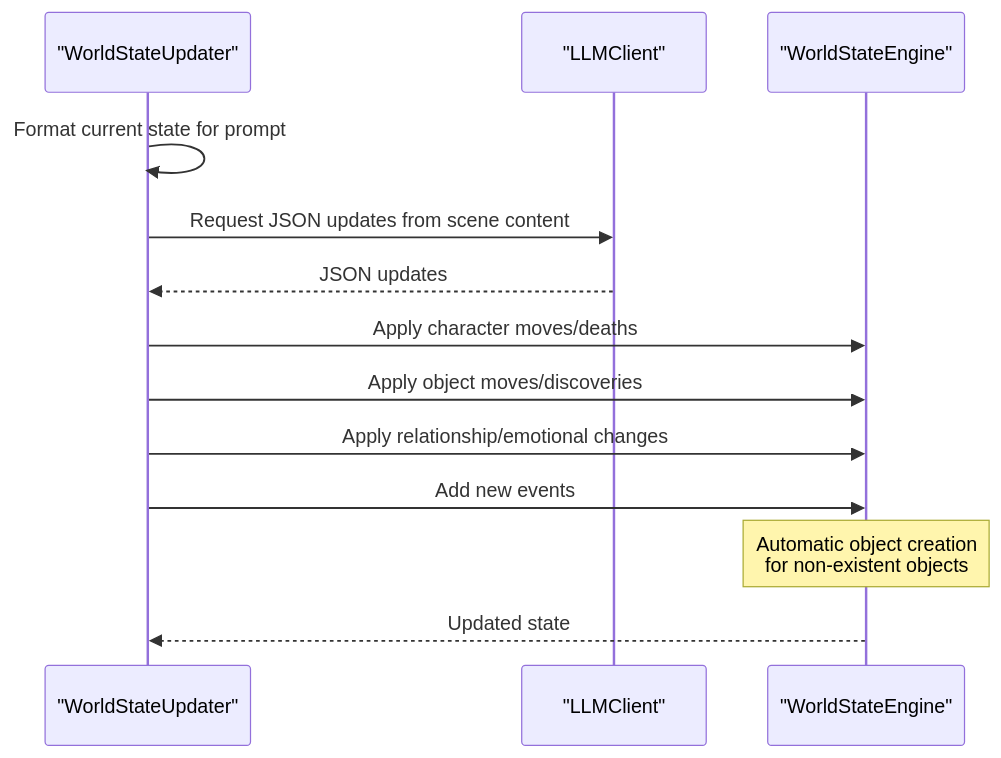
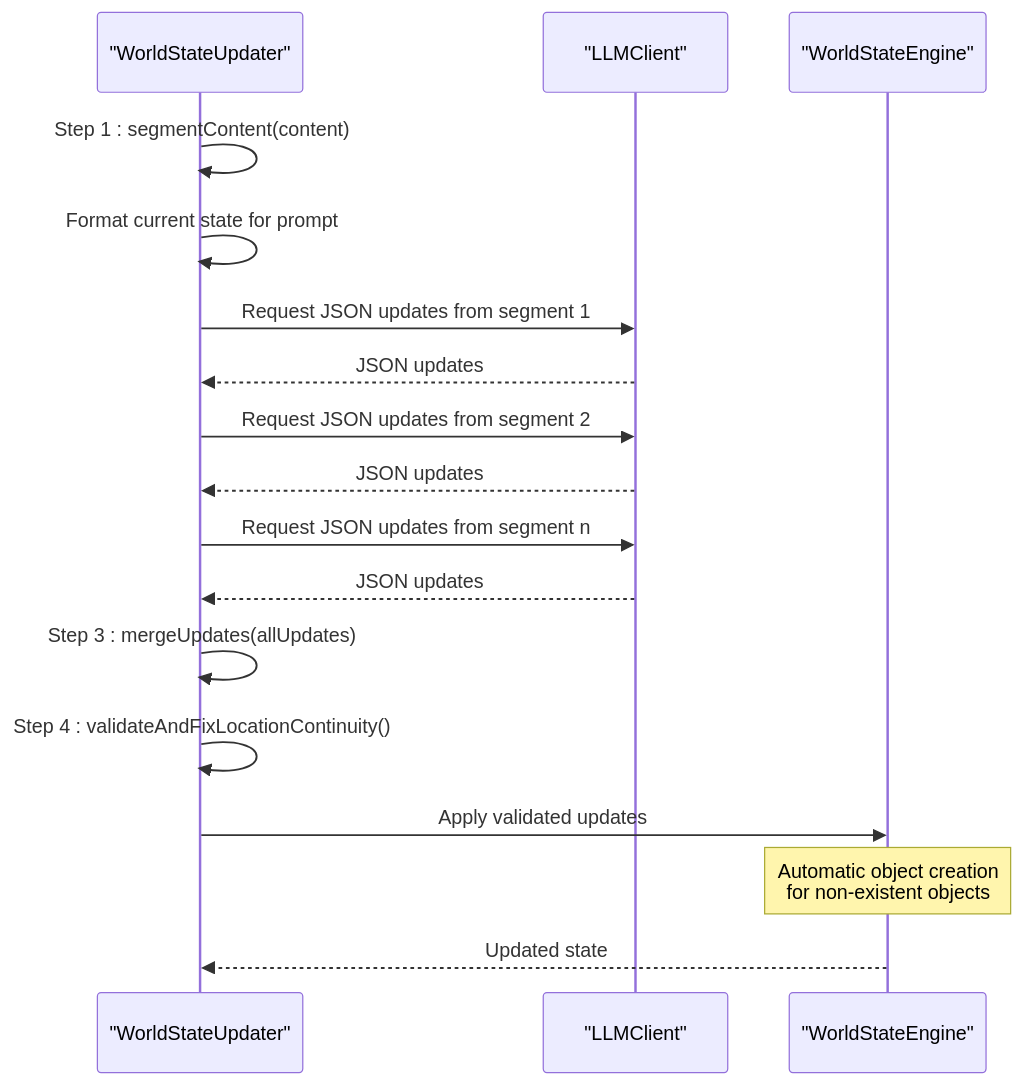
Before and after one commit to liwonder/NARRITIVE_OS: the seventh of 9 diagrams in .qoder/repowiki/en/content/Engine Architecture/World State Engine.md, drawn with Mermaid. The commit also changed other lines of this file and 7 other files, not shown here.

````diff
--- a/.qoder/repowiki/en/content/Engine Architecture/World State Engine.md
+++ b/.qoder/repowiki/en/content/Engine Architecture/World State Engine.md
@@ -338,15 +365,19 @@
 ```mermaid
 sequenceDiagram
 participant WSU as "WorldStateUpdater"
 participant LLM as "LLMClient"
 participant WSE as "WorldStateEngine"
+WSU->>WSU : Step 1 : segmentContent(content)
 WSU->>WSU : Format current state for prompt
-WSU->>LLM : Request JSON updates from scene content
+WSU->>LLM : Request JSON updates from segment 1
 LLM-->>WSU : JSON updates
-WSU->>WSE : Apply character moves/deaths
-WSU->>WSE : Apply object moves/discoveries
-WSU->>WSE : Apply relationship/emotional changes
-WSU->>WSE : Add new events
+WSU->>LLM : Request JSON updates from segment 2
+LLM-->>WSU : JSON updates
+WSU->>LLM : Request JSON updates from segment n
+LLM-->>WSU : JSON updates
+WSU->>WSU : Step 3 : mergeUpdates(allUpdates)
+WSU->>WSU : Step 4 : validateAndFixLocationContinuity()
+WSU->>WSE : Apply validated updates
 Note over WSE : Automatic object creation<br/>for non-existent objects
 WSE-->>WSU : Updated state
 ```
````
